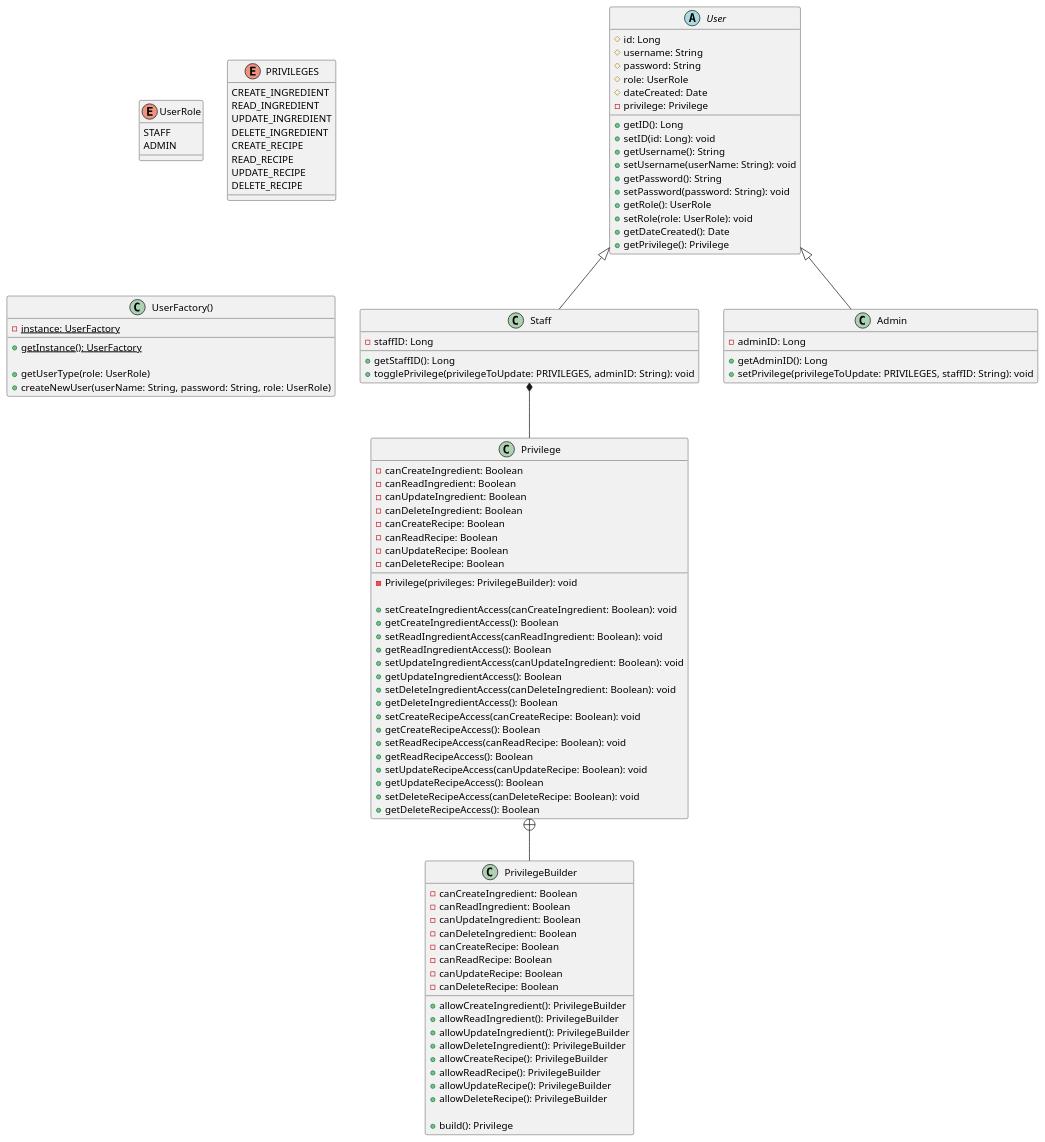
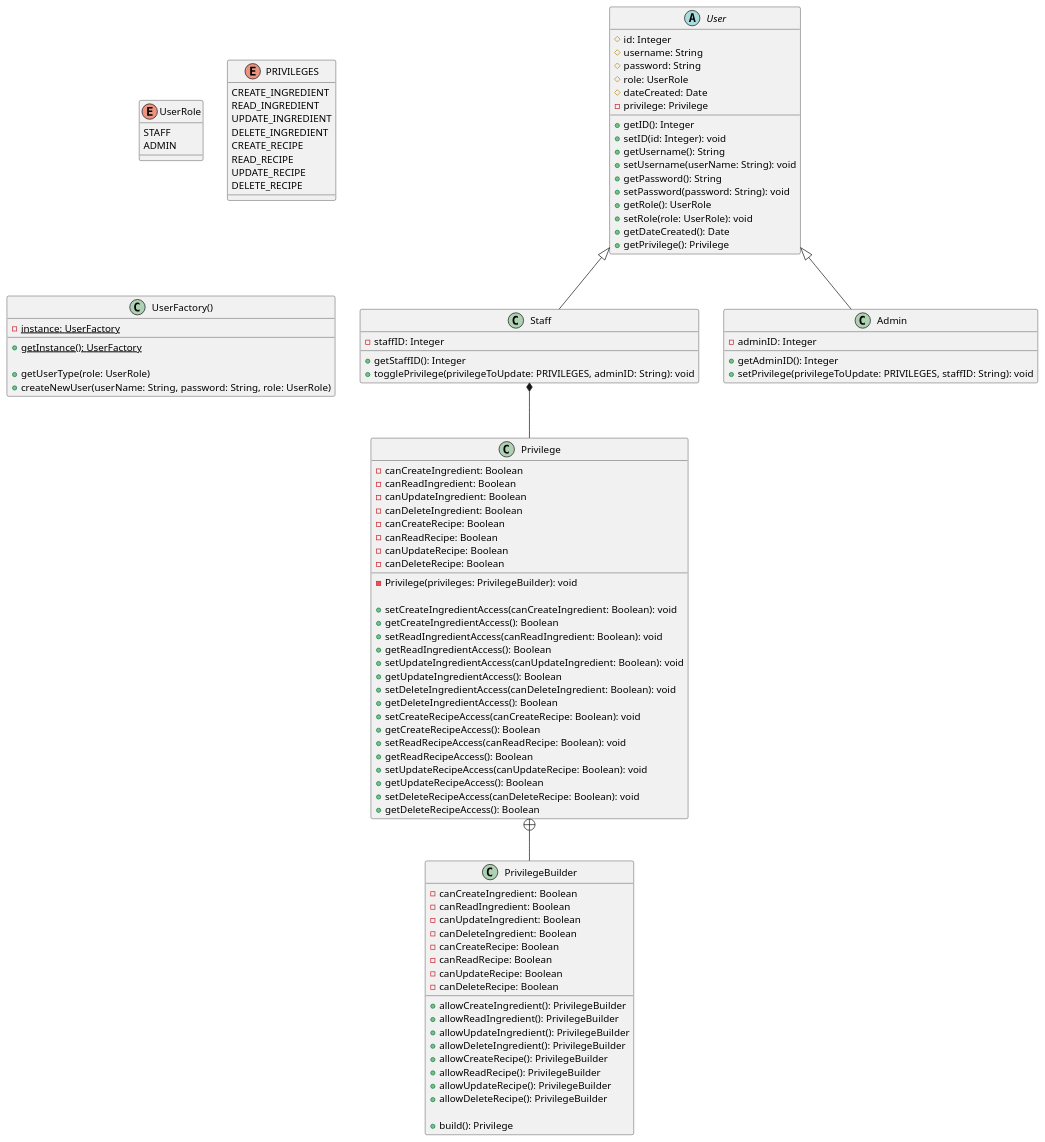
Before and after one commit to AlanCortez1337/cs5800-project: the diagram in backend/src/documentation/classDiagrams/UserModels.puml, drawn with PlantUML. The commit also changed 12 other files, not shown here.

```diff
--- a/backend/src/documentation/classDiagrams/UserModels.puml
+++ b/backend/src/documentation/classDiagrams/UserModels.puml
@@ -1,120 +1,120 @@
 @startuml
 'https://plantuml.com/class-diagram
 
 enum UserRole {
     STAFF
     ADMIN
 }
 
 enum PRIVILEGES {
     CREATE_INGREDIENT
     READ_INGREDIENT
     UPDATE_INGREDIENT
     DELETE_INGREDIENT
     CREATE_RECIPE
     READ_RECIPE
     UPDATE_RECIPE
     DELETE_RECIPE
 }
 
 abstract User {
-    # id: Long
+    # id: Integer
     # username: String
     # password: String
     # role: UserRole
     # dateCreated: Date
     - privilege: Privilege
 
-    + getID(): Long
-    + setID(id: Long): void
+    + getID(): Integer
+    + setID(id: Integer): void
     + getUsername(): String
     + setUsername(userName: String): void
     + getPassword(): String
     + setPassword(password: String): void
     + getRole(): UserRole
     + setRole(role: UserRole): void
     + getDateCreated(): Date
     + getPrivilege(): Privilege
 }
 
 class Privilege {
     - canCreateIngredient: Boolean
     - canReadIngredient: Boolean
     - canUpdateIngredient: Boolean
     - canDeleteIngredient: Boolean
     - canCreateRecipe: Boolean
     - canReadRecipe: Boolean
     - canUpdateRecipe: Boolean
     - canDeleteRecipe: Boolean
 
     - Privilege(privileges: PrivilegeBuilder): void
 
     + setCreateIngredientAccess(canCreateIngredient: Boolean): void
     + getCreateIngredientAccess(): Boolean
     + setReadIngredientAccess(canReadIngredient: Boolean): void
     + getReadIngredientAccess(): Boolean
     + setUpdateIngredientAccess(canUpdateIngredient: Boolean): void
     + getUpdateIngredientAccess(): Boolean
     + setDeleteIngredientAccess(canDeleteIngredient: Boolean): void
     + getDeleteIngredientAccess(): Boolean
     + setCreateRecipeAccess(canCreateRecipe: Boolean): void
     + getCreateRecipeAccess(): Boolean
     + setReadRecipeAccess(canReadRecipe: Boolean): void
     + getReadRecipeAccess(): Boolean
     + setUpdateRecipeAccess(canUpdateRecipe: Boolean): void
     + getUpdateRecipeAccess(): Boolean
     + setDeleteRecipeAccess(canDeleteRecipe: Boolean): void
     + getDeleteRecipeAccess(): Boolean
 }
 
 class PrivilegeBuilder {
     - canCreateIngredient: Boolean
     - canReadIngredient: Boolean
     - canUpdateIngredient: Boolean
     - canDeleteIngredient: Boolean
     - canCreateRecipe: Boolean
     - canReadRecipe: Boolean
     - canUpdateRecipe: Boolean
     - canDeleteRecipe: Boolean
 
     + allowCreateIngredient(): PrivilegeBuilder
     + allowReadIngredient(): PrivilegeBuilder
     + allowUpdateIngredient(): PrivilegeBuilder
     + allowDeleteIngredient(): PrivilegeBuilder
     + allowCreateRecipe(): PrivilegeBuilder
     + allowReadRecipe(): PrivilegeBuilder
     + allowUpdateRecipe(): PrivilegeBuilder
     + allowDeleteRecipe(): PrivilegeBuilder
 
     + build(): Privilege
 }
 
 Privilege +-- PrivilegeBuilder
 
 class Staff {
-    - staffID: Long
+    - staffID: Integer
 
-    + getStaffID(): Long
+    + getStaffID(): Integer
     + togglePrivilege(privilegeToUpdate: PRIVILEGES, adminID: String): void
 }
 
 class Admin {
-    - adminID: Long
+    - adminID: Integer
 
-    + getAdminID(): Long
+    + getAdminID(): Integer
     + setPrivilege(privilegeToUpdate: PRIVILEGES, staffID: String): void
 }
 
 class UserFactory() {
     - {static} instance: UserFactory
     + {static} getInstance(): UserFactory
 
     + getUserType(role: UserRole)
     + createNewUser(userName: String, password: String, role: UserRole)
 }
 
 Staff *-- Privilege
 User <|-- Staff
 User <|-- Admin
 
 @enduml
```
